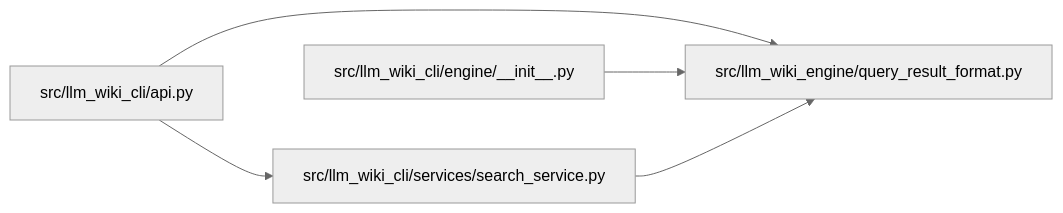
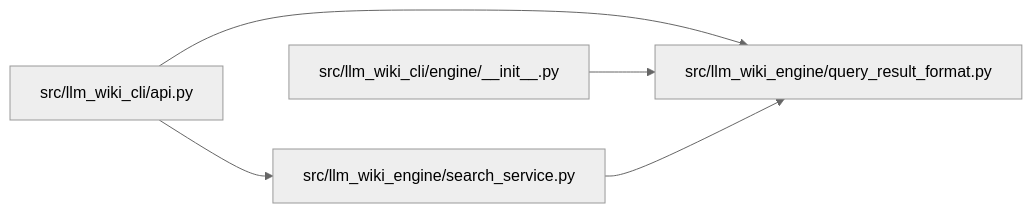
The diagram in docs/llm_wiki/modules/query_result_format.md (Denissvgn/python-wiki-llm), drawn with Mermaid (neutral theme) before and after one commit. The commit also changed 648 other files, not shown here.

Commit message:
docs: refresh the wiki for the engine task contract and search

````diff
--- a/docs/llm_wiki/modules/query_result_format.md
+++ b/docs/llm_wiki/modules/query_result_format.md
@@ -25,15 +25,15 @@
 ```mermaid
 flowchart LR
     n0["src/llm_wiki_cli/api.py"]
     n1["src/llm_wiki_cli/engine/__init__.py"]
-    n2["src/llm_wiki_cli/services/search_service.py"]
-    n3["src/llm_wiki_engine/query_result_format.py"]
+    n2["src/llm_wiki_engine/query_result_format.py"]
+    n3["src/llm_wiki_engine/search_service.py"]
     n0 --> n2
     n0 --> n3
-    n1 --> n3
-    n2 --> n3
+    n1 --> n2
+    n3 --> n2
     click n0 "../modules/api.md"
     click n1 "../modules/engine___init__.md"
-    click n2 "../modules/search_service.md"
-    click n3 "../modules/query_result_format.md"
+    click n2 "../modules/query_result_format.md"
+    click n3 "../modules/search_service.md"
 ```
````
